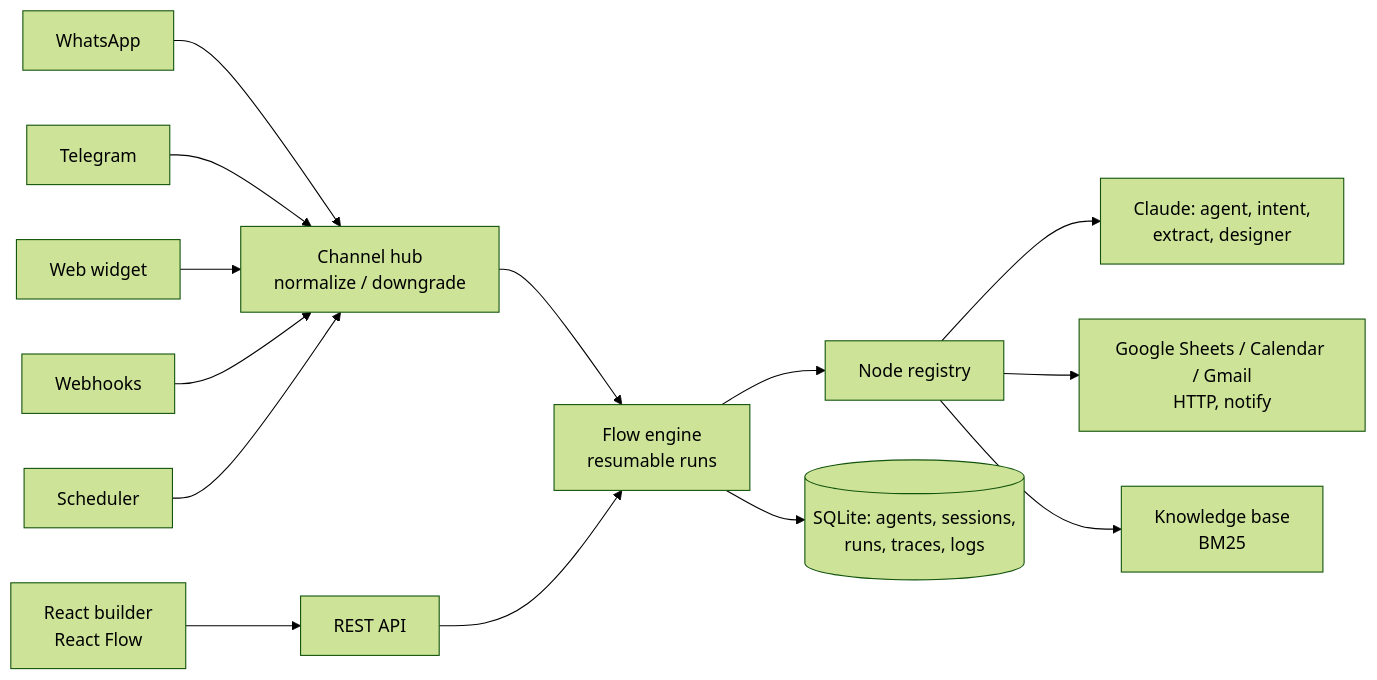
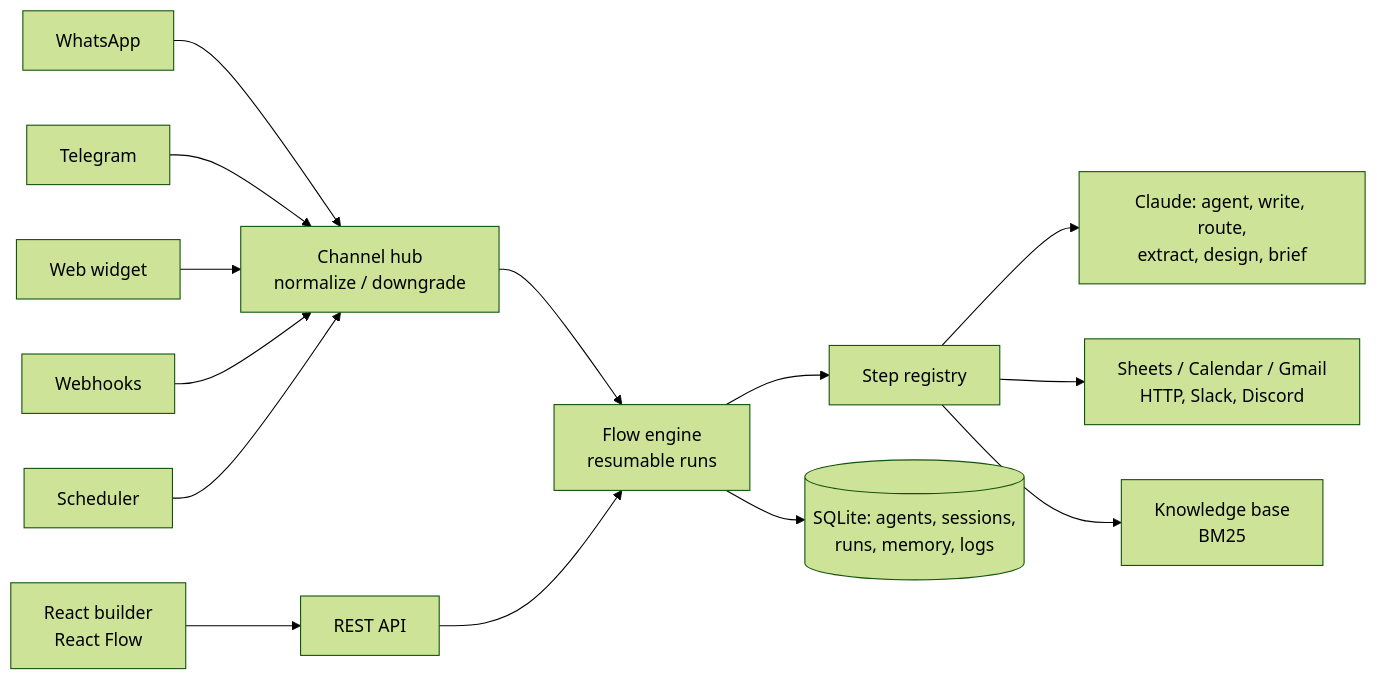
Before and after one commit to mckova/botloom: the diagram in README.md, drawn with Mermaid (forest theme). The commit also changed other lines of this file and 48 other files, not shown here.

First line of the commit message:
Add contact memory, availability, AI write, team alerts and a new interface

````diff
--- a/README.md
+++ b/README.md
@@ -49,15 +64,15 @@
 ```mermaid
 flowchart LR
   WA[WhatsApp] --> H
   TG[Telegram] --> H
   WEB[Web widget] --> H
   HK[Webhooks] --> H
   SC[Scheduler] --> H
   H[Channel hub<br/>normalize / downgrade] --> E[Flow engine<br/>resumable runs]
-  E --> N[Node registry]
-  N --> AI[Claude: agent, intent,<br/>extract, designer]
-  N --> INT[Google Sheets / Calendar / Gmail<br/>HTTP, notify]
+  E --> N[Step registry]
+  N --> AI[Claude: agent, write, route,<br/>extract, design, brief]
+  N --> INT[Sheets / Calendar / Gmail<br/>HTTP, Slack, Discord]
   N --> KB[Knowledge base<br/>BM25]
-  E --> DB[(SQLite: agents, sessions,<br/>runs, traces, logs)]
+  E --> DB[(SQLite: agents, sessions,<br/>runs, memory, logs)]
   UI[React builder<br/>React Flow] --> API[REST API] --> E
 ```
````
